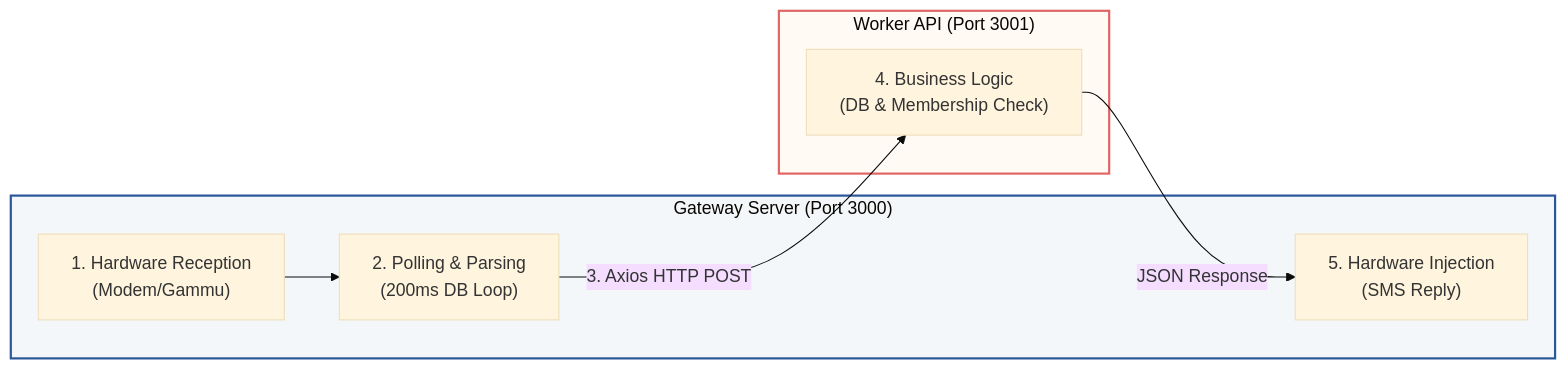
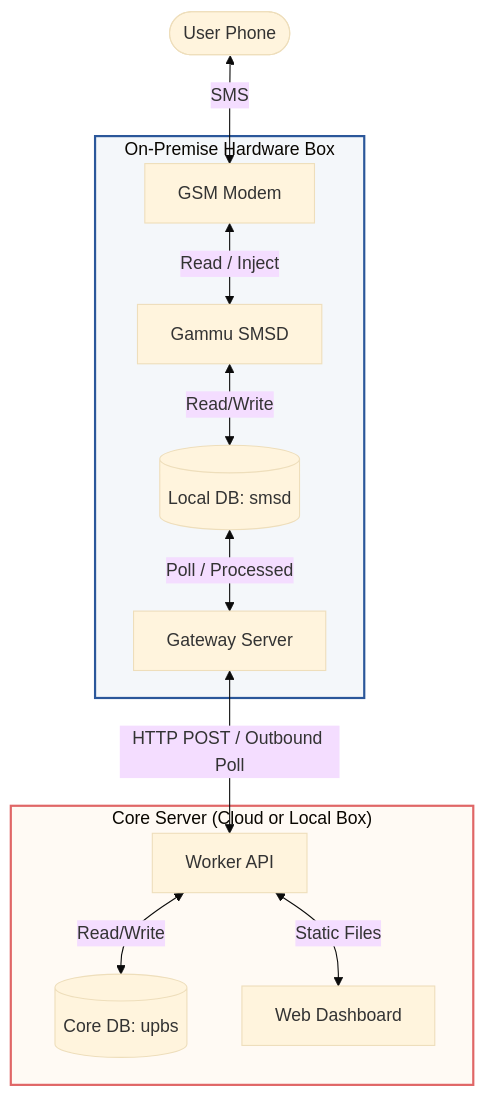
One commit to amrbrc/upbs-system changed the diagram in README.md. Above: the diagram before and after it, drawn with Mermaid (base theme). The commit also changed other lines of this file, not shown here.

Commit message:
docs: remove SMS Command Reference and update Mermaid architecture flow with database details

````diff
--- a/README.md
+++ b/README.md
@@ -46,17 +44,19 @@
 ```mermaid
-flowchart LR
-    subgraph Gateway ["Gateway Server (Port 3000)"]
-        A["1. Hardware Reception<br>(Modem/Gammu)"] --> B["2. Polling & Parsing<br>(200ms DB Loop)"]
-        E["5. Hardware Injection<br>(SMS Reply)"]
+flowchart TD
+    User([User Phone]) <-->|SMS| Modem[GSM Modem]
+    
+    subgraph Local ["On-Premise Hardware Box"]
+        Modem <-->|Read / Inject| Gammu[Gammu SMSD]
+        Gammu <-->|Read/Write| smsd_db[(Local DB: smsd)]
+        smsd_db <-->|Poll / Processed| Gateway[Gateway Server]
     end
     
-    subgraph Worker ["Worker API (Port 3001)"]
-        D["4. Business Logic<br>(DB & Membership Check)"]
+    subgraph Core ["Core Server (Cloud or Local Box)"]
+        Gateway <-->|HTTP POST / Outbound Poll| Worker[Worker API]
+        Worker <-->|Read/Write| upbs_db[(Core DB: upbs)]
+        Worker <-->|Static Files| Dashboard[Web Dashboard]
     end
 
-    B -->|3. Axios HTTP POST| D
-    D -->|JSON Response| E
-
-    style Gateway fill:#f4f7fa,stroke:#2b579a,stroke-width:2px;
-    style Worker fill:#fffaf4,stroke:#e06666,stroke-width:2px;
+    style Local fill:#f4f7fa,stroke:#2b579a,stroke-width:2px;
+    style Core fill:#fffaf4,stroke:#e06666,stroke-width:2px;
 ```
````
